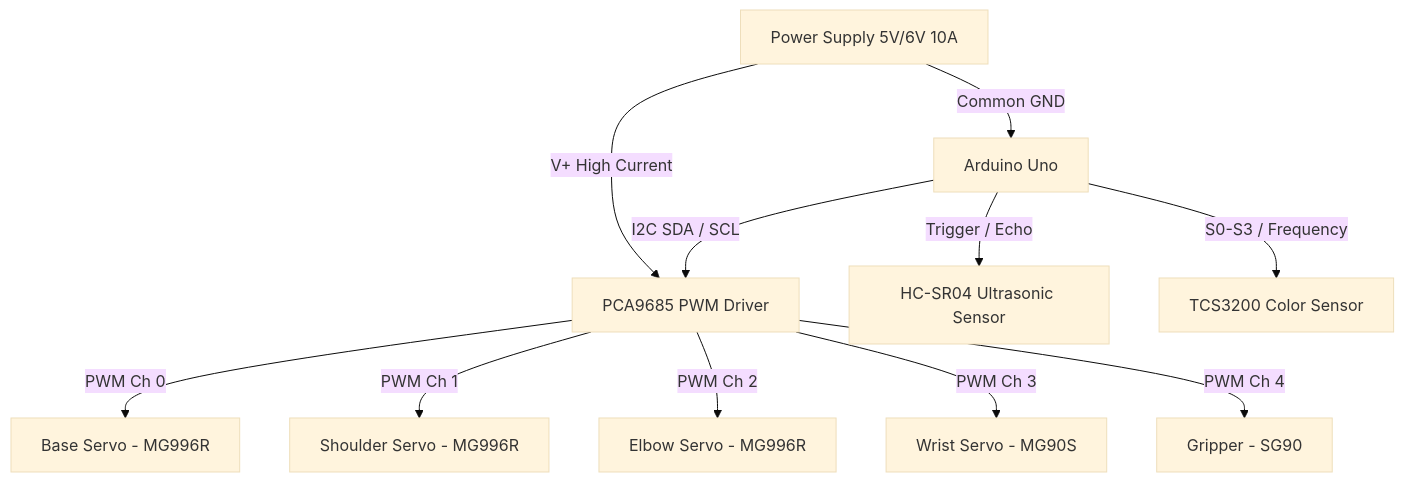
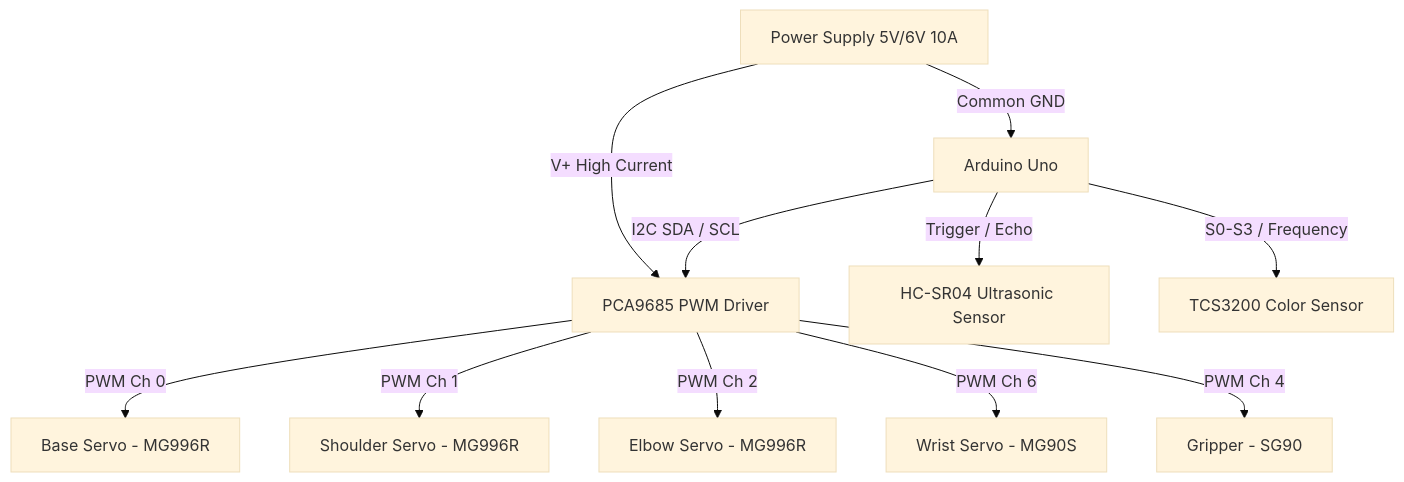
One commit to saumyadebug/robotic-arm-pick-and-place changed the diagram in docs/system_architecture.md. Above: the diagram before and after it, drawn with Mermaid (base theme). The commit also changed 6 other files, not shown here.

Commit message:
Calibrated channels/ranges, compact-transport pick-and-place, safe motion chart

````diff
--- a/docs/system_architecture.md
+++ b/docs/system_architecture.md
@@ -3,13 +3,13 @@
 ```mermaid
 graph TD
     A[Power Supply 5V/6V 10A] -->|V+ High Current| B[PCA9685 PWM Driver]
     C[Arduino Uno] -->|I2C SDA / SCL| B
     C -->|Trigger / Echo| D[HC-SR04 Ultrasonic Sensor]
     C -->|S0-S3 / Frequency| E[TCS3200 Color Sensor]
     B -->|PWM Ch 0| F[Base Servo - MG996R]
     B -->|PWM Ch 1| G[Shoulder Servo - MG996R]
     B -->|PWM Ch 2| H[Elbow Servo - MG996R]
-    B -->|PWM Ch 3| I[Wrist Servo - MG90S]
+    B -->|PWM Ch 6| I[Wrist Servo - MG90S]
     B -->|PWM Ch 4| J[Gripper - SG90]
     A -->|Common GND| C
 ```
````
